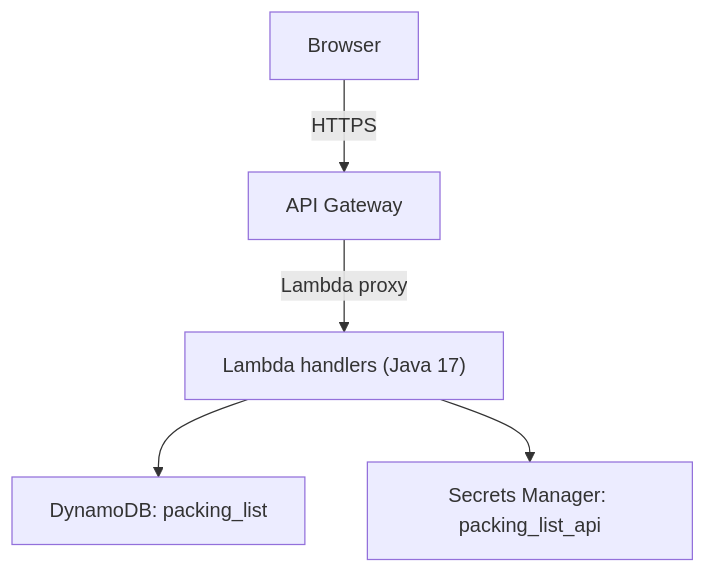
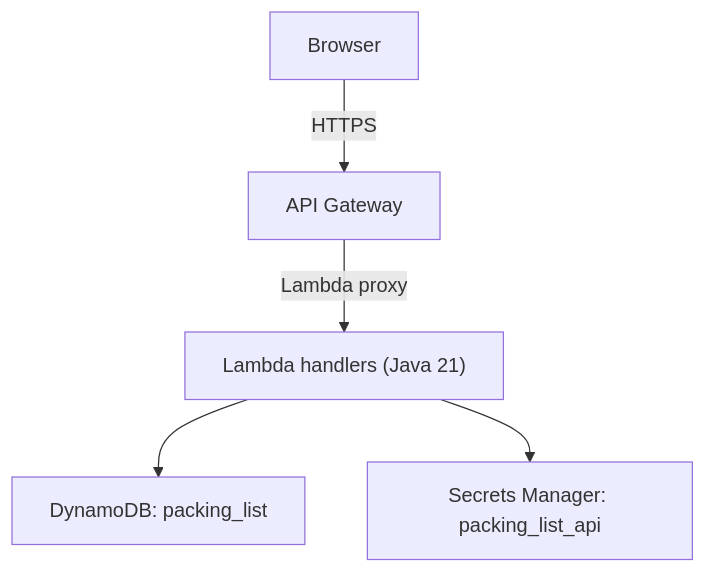
One commit to jordansimsmith/jordansimsmith-com changed the diagram in packing_list_api/README.md. Above: the diagram before and after it, drawn with Mermaid. The commit also changed other lines of this file and 19 other files, not shown here.

````diff
--- a/packing_list_api/README.md
+++ b/packing_list_api/README.md
@@ -9,7 +9,7 @@
 ```mermaid
 flowchart TD
   A[Browser] -->|HTTPS| B[API Gateway]
-  B -->|Lambda proxy| C["Lambda handlers (Java 17)"]
+  B -->|Lambda proxy| C["Lambda handlers (Java 21)"]
   C --> D["DynamoDB: packing_list"]
   C --> E["Secrets Manager: packing_list_api"]
 ```
````
